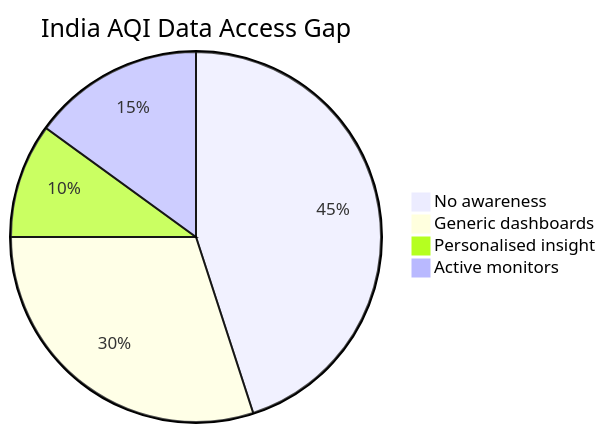
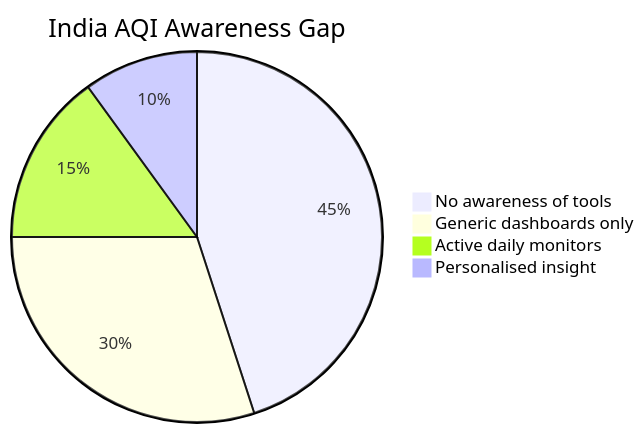
Before and after one commit to shreyanshsharma-1210/AQI-Monitoring-System: the first of 10 diagrams in README.md, drawn with Mermaid. The commit also changed other lines of this file, not shown here.

````diff
--- a/README.md
+++ b/README.md
@@ -61,7 +76,7 @@
 ```mermaid
-pie title India AQI Data Access Gap
-    "No awareness" : 45
-    "Generic dashboards" : 30
+pie title India AQI Awareness Gap
+    "No awareness of tools" : 45
+    "Generic dashboards only" : 30
+    "Active daily monitors" : 15
     "Personalised insight" : 10
-    "Active monitors" : 15
 ```
````
